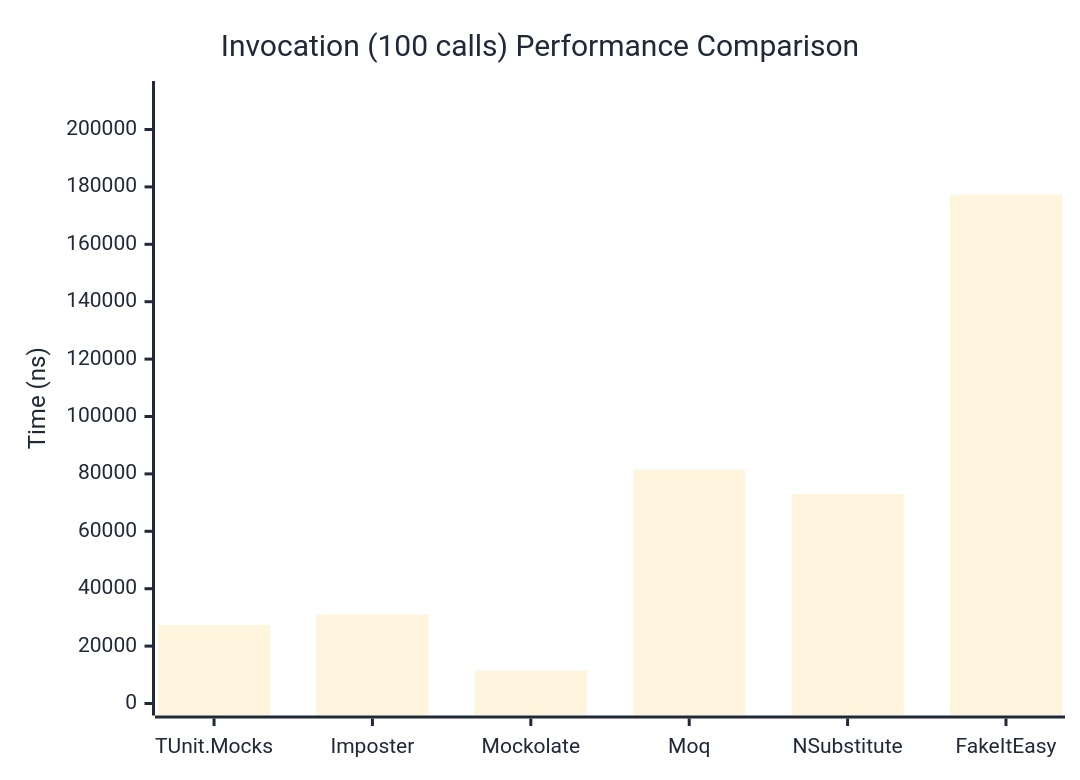
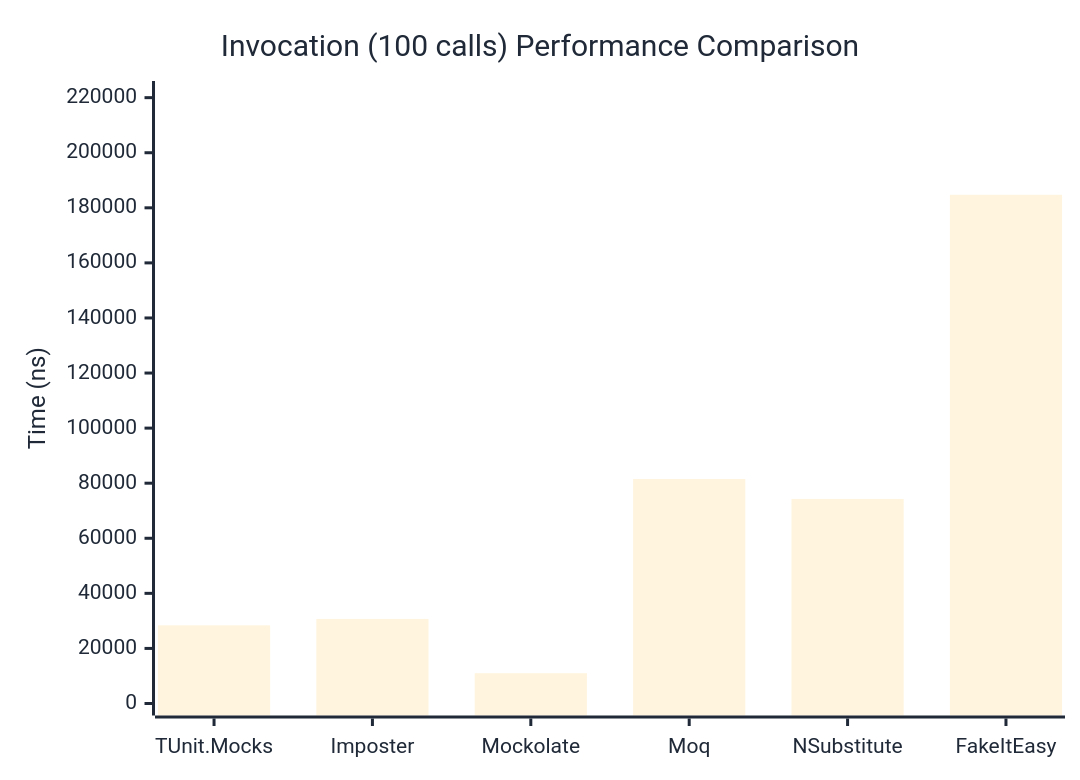
The third of 3 diagrams in docs/docs/benchmarks/mocks/Invocation.md (thomhurst/TUnit), drawn with Mermaid before and after one commit. The commit also changed other lines of this file and 14 other files, not shown here.

````diff
--- a/docs/docs/benchmarks/mocks/Invocation.md
+++ b/docs/docs/benchmarks/mocks/Invocation.md
@@ -112,27 +112,27 @@
 ```mermaid
 %%{init: {
   'theme':'base',
   'themeVariables': {
     'primaryColor': '#2563eb',
     'primaryTextColor': '#1f2937',
     'primaryBorderColor': '#1e40af',
     'lineColor': '#6b7280',
     'secondaryColor': '#7c3aed',
     'tertiaryColor': '#dc2626',
     'background': '#ffffff',
     'pie1': '#2563eb',
     'pie2': '#7c3aed',
     'pie3': '#dc2626',
     'pie4': '#f59e0b',
     'pie5': '#10b981',
     'pie6': '#06b6d4',
     'pie7': '#ec4899',
     'pie8': '#6366f1'
   }
 }}%%
 xychart-beta
   title "Invocation (100 calls) Performance Comparison"
   x-axis ["TUnit.Mocks", "Imposter", "Mockolate", "Moq", "NSubstitute", "FakeItEasy"]
-  y-axis "Time (ns)" 0 --> 212718
-  bar [27351.5, 31091.4, 11456.2, 81469, 72970.9, 177264.8]
+  y-axis "Time (ns)" 0 --> 221692
+  bar [28386.83, 30696.62, 11010.2, 81516.95, 74277.06, 184742.6]
 ```
````
